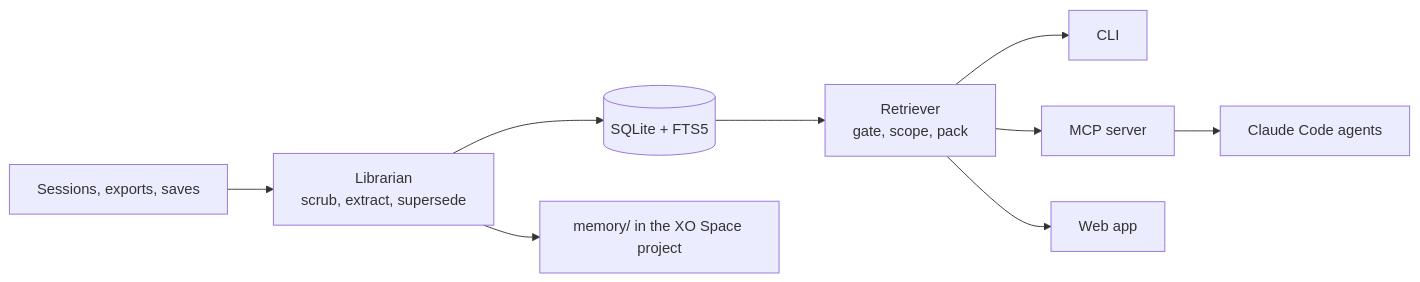
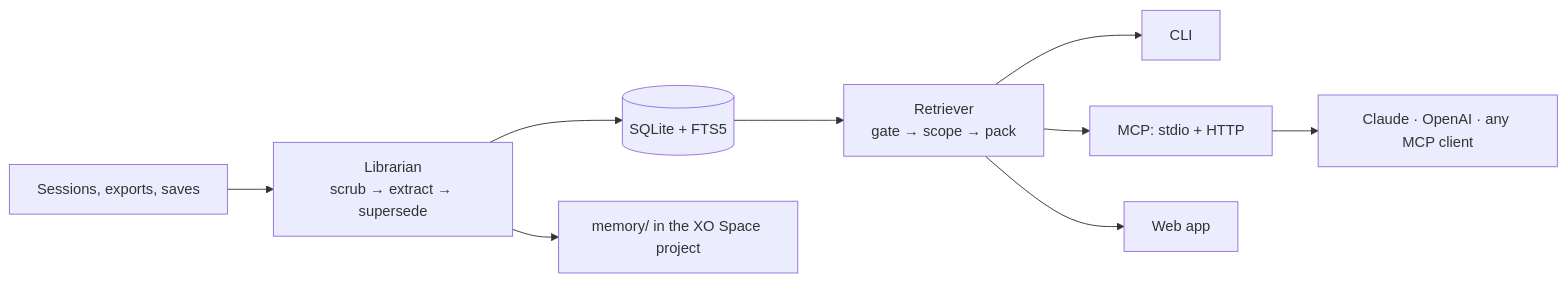
Before and after one commit to rhkrohan/vault: the first of 2 diagrams in README.md, drawn with Mermaid. The commit also changed other lines of this file, not shown here.

````diff
--- a/README.md
+++ b/README.md
@@ -52,11 +58,11 @@
 ```mermaid
 flowchart LR
-  S[Sessions, exports, saves] --> L[Librarian<br/>scrub, extract, supersede]
+  S[Sessions, exports, saves] --> L[Librarian<br/>scrub → extract → supersede]
   L --> M[(SQLite + FTS5)]
   L --> X[memory/ in the XO Space project]
-  M --> R[Retriever<br/>gate, scope, pack]
+  M --> R[Retriever<br/>gate → scope → pack]
   R --> C[CLI]
-  R --> P[MCP server]
+  R --> P[MCP: stdio + HTTP]
   R --> W[Web app]
-  P --> A[Claude Code agents]
+  P --> A[Claude · OpenAI · any MCP client]
 ```
````
